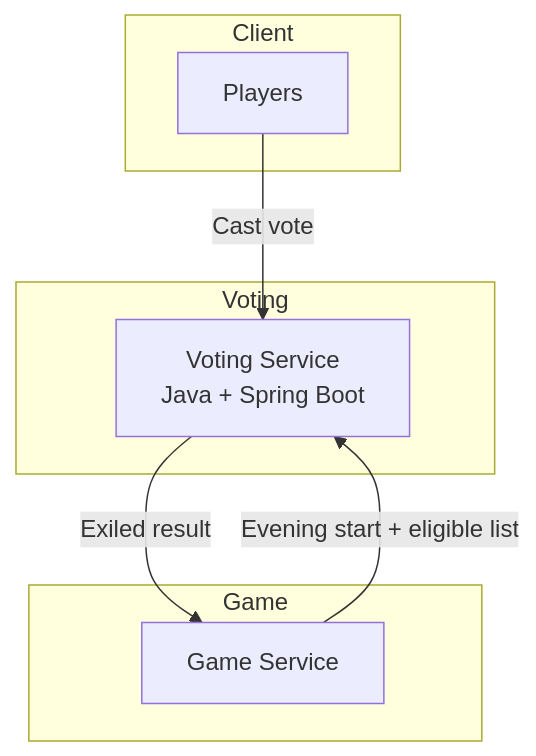
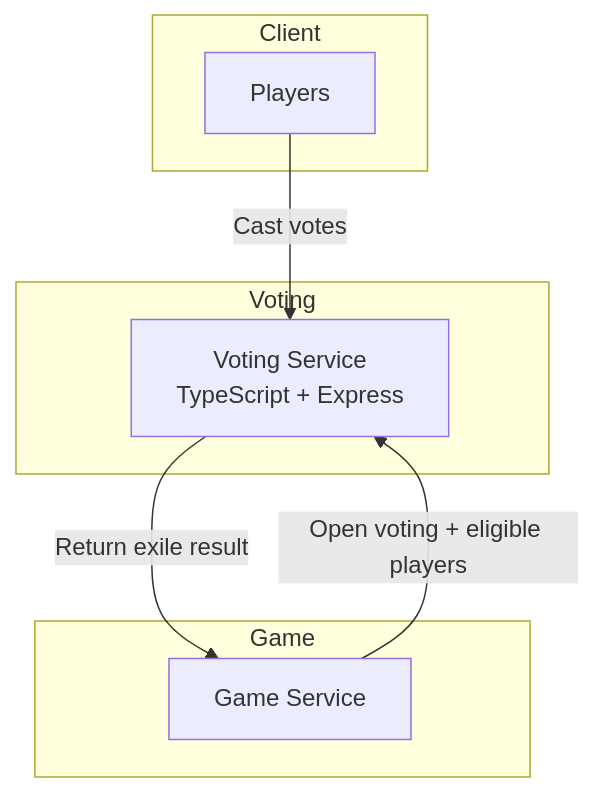
One commit to Flexksx/distributed_mafia_platform changed the eighth of 10 diagrams in README.md. Above: the diagram before and after it, drawn with Mermaid. The commit also changed other lines of this file, not shown here.

````diff
--- a/README.md
+++ b/README.md
@@ -1749,18 +1785,19 @@
 ```mermaid
 flowchart TD
   subgraph Client
     P[Players]
   end
 
   subgraph Game
     G[Game Service]
   end
 
   subgraph Voting
-    V[Voting Service <br/> Java + Spring Boot]
+    V[Voting Service <br/> TypeScript + Express]
   end
 
-  P -->|Cast vote| V
-  G -->|Evening start + eligible list| V
-  V -->|Exiled result| G
+  P -->|Cast votes| V
+  G -->|Open voting + eligible players| V
+  V -->|Return exile result| G
+
 ```
````
